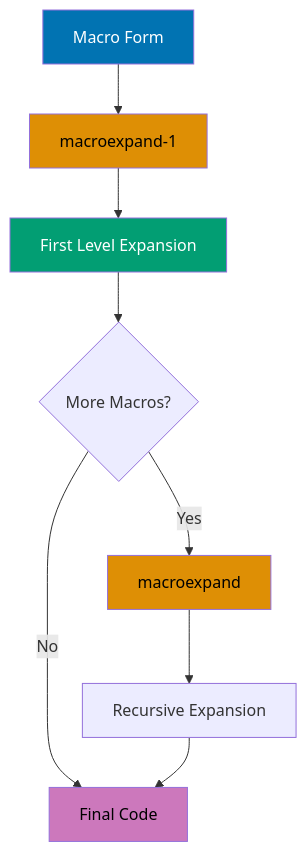
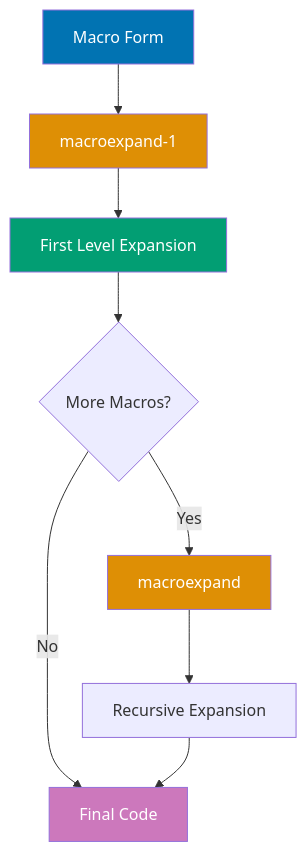
The second of 13 diagrams in apps/ayokoding-web/content/en/learn/software-engineering/programming-languages/clojure/by-example/advanced.md (wahidyankf/open-sharia-enterprise), drawn with Mermaid before and after one commit. The commit also changed other lines of this file and 61 other files, not shown here.

First line of the commit message:
fix(ayokoding-web): quote Mermaid node labels with special characters in Example 63

````diff
--- a/apps/ayokoding-web/content/en/learn/software-engineering/programming-languages/clojure/by-example/advanced.md
+++ b/apps/ayokoding-web/content/en/learn/software-engineering/programming-languages/clojure/by-example/advanced.md
@@ -86,17 +86,17 @@
 ```mermaid
 %% Macro expansion process
 graph TD
     A[Macro Form] --> B[macroexpand-1]
     B --> C[First Level Expansion]
     C --> D{More Macros?}
     D -->|Yes| E[macroexpand]
     D -->|No| F[Final Code]
     E --> G[Recursive Expansion]
     G --> F
 
     style A fill:#0173B2,color:#fff
-    style B fill:#DE8F05,color:#000
+    style B fill:#DE8F05,color:#fff
     style C fill:#029E73,color:#fff
-    style E fill:#DE8F05,color:#000
-    style F fill:#CC78BC,color:#000
+    style E fill:#DE8F05,color:#fff
+    style F fill:#CC78BC,color:#fff
 ```
````
